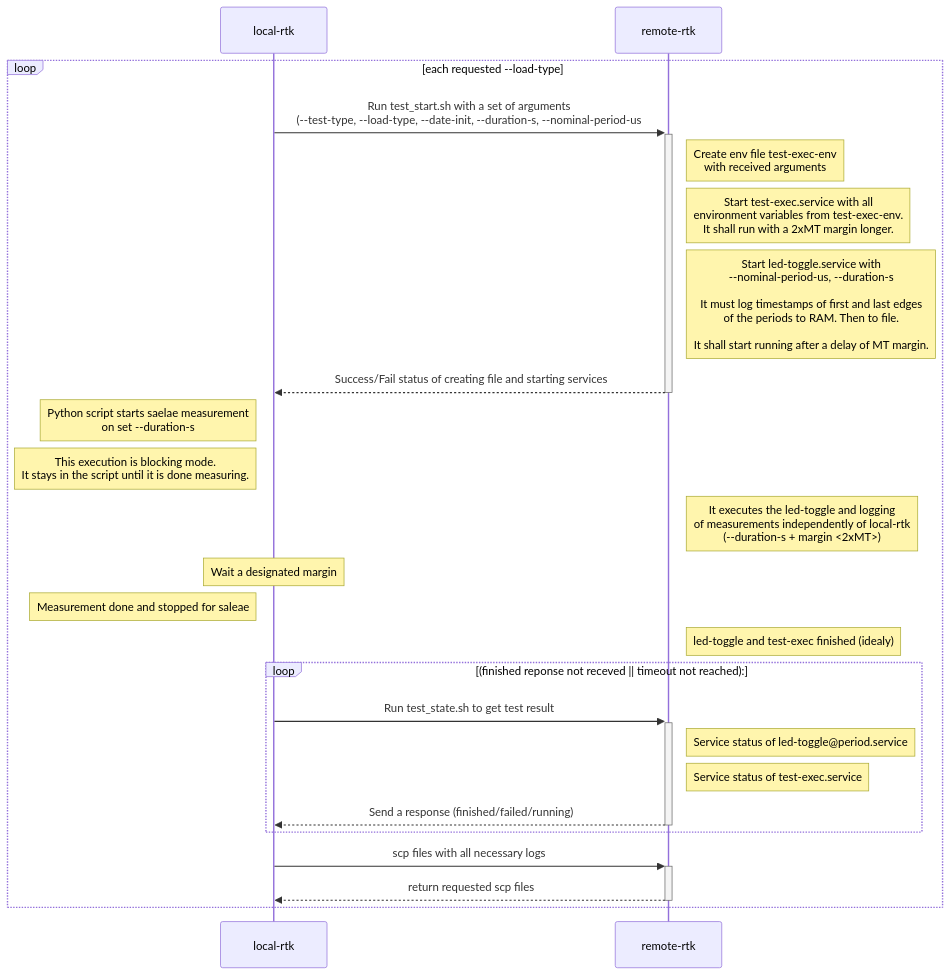
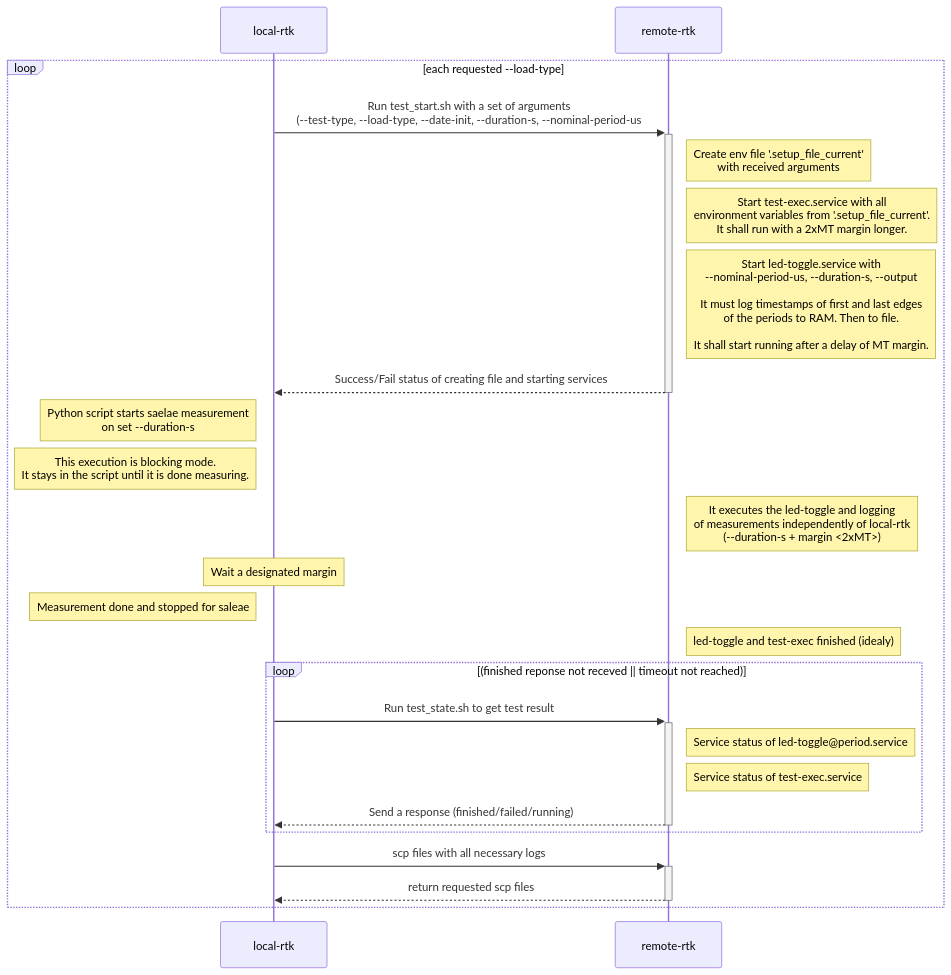
The first of 2 diagrams in Documents/test.md (nickdante8/rt-kernel), drawn with Mermaid before and after one commit.

Commit message:
Sequence diagram naming update

````diff
--- a/Documents/test.md
+++ b/Documents/test.md
@@ -1,24 +1,24 @@
 ```mermaid
 sequenceDiagram
     loop each requested --load-type
         local-rtk->>+remote-rtk: Run test_start.sh with a set of arguments<br>(--test-type, --load-type, --date-init, --duration-s, --nominal-period-us
-        Note right of remote-rtk: Create env file test-exec-env<br>with received arguments
-        Note right of remote-rtk: Start test-exec.service with all<br>environment variables from test-exec-env.<br>It shall run with a 2xMT margin longer.
-        Note right of remote-rtk: Start led-toggle.service with<br>--nominal-period-us, --duration-s<br><br>It must log timestamps of first and last edges<br>of the periods to RAM. Then to file.<br><br>It shall start running after a delay of MT margin.
+        Note right of remote-rtk: Create env file '.setup_file_current'<br>with received arguments
+        Note right of remote-rtk: Start test-exec.service with all<br>environment variables from '.setup_file_current'.<br>It shall run with a 2xMT margin longer.
+        Note right of remote-rtk: Start led-toggle.service with<br>--nominal-period-us, --duration-s, --output<br><br>It must log timestamps of first and last edges<br>of the periods to RAM. Then to file.<br><br>It shall start running after a delay of MT margin.
         remote-rtk-->>-local-rtk: Success/Fail status of creating file and starting services
         Note left of local-rtk: Python script starts saelae measurement<br>on set --duration-s
         Note left of local-rtk: This execution is blocking mode.<br>It stays in the script until it is done measuring.
         Note right of remote-rtk: It executes the led-toggle and logging<br>of measurements independently of local-rtk<br>(--duration-s + margin <2xMT>)
         Note over local-rtk: Wait a designated margin
         Note left of local-rtk: Measurement done and stopped for saleae
         Note right of remote-rtk: led-toggle and test-exec finished (idealy)
-        loop (finished reponse not receved || timeout not reached):
+        loop (finished reponse not receved || timeout not reached)
             local-rtk->>+remote-rtk: Run test_state.sh to get test result
             Note right of remote-rtk: Service status of led-toggle@period.service
             Note right of remote-rtk: Service status of test-exec.service
             remote-rtk-->>-local-rtk: Send a response (finished/failed/running)
         end
         local-rtk->>+remote-rtk: scp files with all necessary logs
         remote-rtk-->>-local-rtk: return requested scp files
     end
 ```
````
